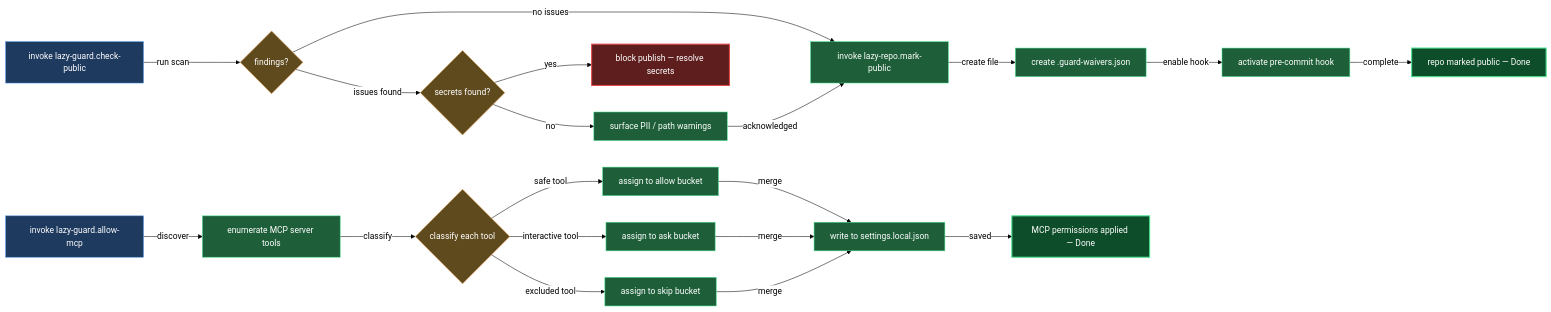
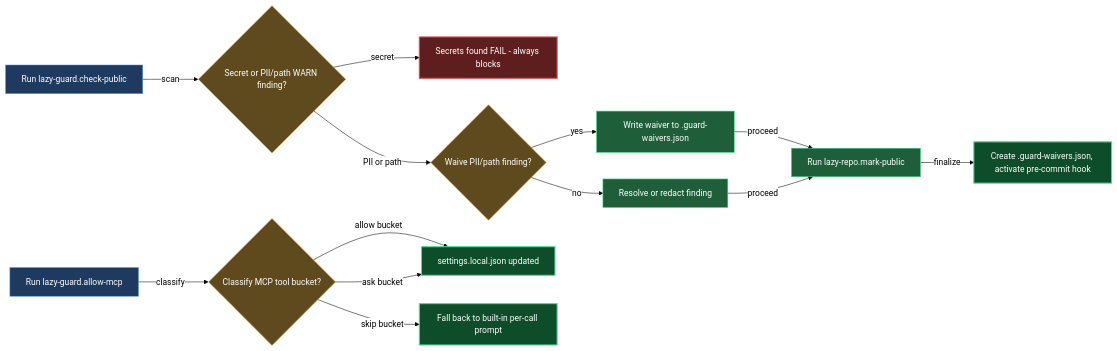
Before and after one commit to mebius-san/lazy-cortex: the diagram in claude/lazycortex-core/help/guardian.md, drawn with Mermaid. The commit also changed other lines of this file and 16 other files, not shown here.

````diff
--- a/claude/lazycortex-core/help/guardian.md
+++ b/claude/lazycortex-core/help/guardian.md
@@ -58,66 +60,48 @@
 ```mermaid
 %%{init: {'themeVariables':{'background':'transparent','lineColor':'#000','textColor':'#000','edgeLabelBackground':'#fff'},'themeCSS':'.edgeLabel{background-color:transparent!important}.edgeLabel p{background-color:transparent!important}','flowchart':{'diagramPadding':5,'useMaxWidth':true}}}%%
 flowchart LR
-  invokeCheckPublic[invoke lazy-guard.check-public]
-  scanFindings{findings?}
-  failSecrets{secrets found?}
-  warnPii[surface PII / path warnings]
-  blockPublish[block publish — resolve secrets]
-  invokeMarkPublic[invoke lazy-repo.mark-public]
-  createWaivers[create .guard-waivers.json]
-  activateHook[activate pre-commit hook]
-  publishDone[repo marked public — Done]
+  runCheckPublic[Run lazy-guard.check-public]
+  findingType{Secret or PII/path WARN finding?}
+  blockSecrets[Secrets found FAIL - always blocks]
+  waivePii{Waive PII/path finding?}
+  writeWaiver[Write waiver to .guard-waivers.json]
+  resolveFinding[Resolve or redact finding]
+  runMarkPublic[Run lazy-repo.mark-public]
+  activateHook[Create .guard-waivers.json, activate pre-commit hook]
+  runAllowMcp[Run lazy-guard.allow-mcp]
+  classifyTool{Classify MCP tool bucket?}
+  settingsWritten[settings.local.json updated]
+  fallbackPrompt[Fall back to built-in per-call prompt]
 
-  invokeAllowMcp[invoke lazy-guard.allow-mcp]
-  enumerateTools[enumerate MCP server tools]
-  classifyTools{classify each tool}
-  bucketAllow[assign to allow bucket]
-  bucketAsk[assign to ask bucket]
-  bucketSkip[assign to skip bucket]
-  writeSettings[write to settings.local.json]
-  mcpDone[MCP permissions applied — Done]
-
-  invokeCheckPublic -->|run scan| scanFindings
-  scanFindings -->|no issues| invokeMarkPublic
-  scanFindings -->|issues found| failSecrets
-  failSecrets -->|yes| blockPublish
-  failSecrets -->|no| warnPii
-  warnPii -->|acknowledged| invokeMarkPublic
-  invokeMarkPublic -->|create file| createWaivers
-  createWaivers -->|enable hook| activateHook
-  activateHook -->|complete| publishDone
-
-  invokeAllowMcp -->|discover| enumerateTools
-  enumerateTools -->|classify| classifyTools
-  classifyTools -->|safe tool| bucketAllow
-  classifyTools -->|interactive tool| bucketAsk
-  classifyTools -->|excluded tool| bucketSkip
-  bucketAllow -->|merge| writeSettings
-  bucketAsk -->|merge| writeSettings
-  bucketSkip -->|merge| writeSettings
-  writeSettings -->|saved| mcpDone
+  runCheckPublic -->|scan| findingType
+  findingType -->|secret| blockSecrets
+  findingType -->|PII or path| waivePii
+  waivePii -->|yes| writeWaiver
+  waivePii -->|no| resolveFinding
+  writeWaiver -->|proceed| runMarkPublic
+  resolveFinding -->|proceed| runMarkPublic
+  runMarkPublic -->|finalize| activateHook
+  runAllowMcp -->|classify| classifyTool
+  classifyTool -->|allow bucket| settingsWritten
+  classifyTool -->|ask bucket| settingsWritten
+  classifyTool -->|skip bucket| fallbackPrompt
 
   classDef entry fill:#1e3a5f,stroke:#4a90e2,color:#fff
   classDef guard fill:#5f4a1e,stroke:#e2a14a,color:#fff
   classDef action fill:#1e5f3a,stroke:#4ae290,color:#fff
   classDef success fill:#0d4d2a,stroke:#4ae290,color:#fff,stroke-width:2px
   classDef error fill:#5f1e1e,stroke:#e24a4a,color:#fff,stroke-width:2px
 
-  class invokeCheckPublic entry
-  class invokeAllowMcp entry
-  class scanFindings guard
-  class failSecrets guard
-  class classifyTools guard
-  class warnPii action
-  class invokeMarkPublic action
-  class createWaivers action
-  class activateHook action
-  class enumerateTools action
-  class bucketAllow action
-  class bucketAsk action
-  class bucketSkip action
-  class writeSettings action
-  class blockPublish error
-  class publishDone success
-  class mcpDone success
+  class runCheckPublic entry
+  class findingType guard
+  class blockSecrets error
+  class waivePii guard
+  class writeWaiver action
+  class resolveFinding action
+  class runMarkPublic action
+  class activateHook success
+  class runAllowMcp entry
+  class classifyTool guard
+  class settingsWritten success
+  class fallbackPrompt success
 ```
````
